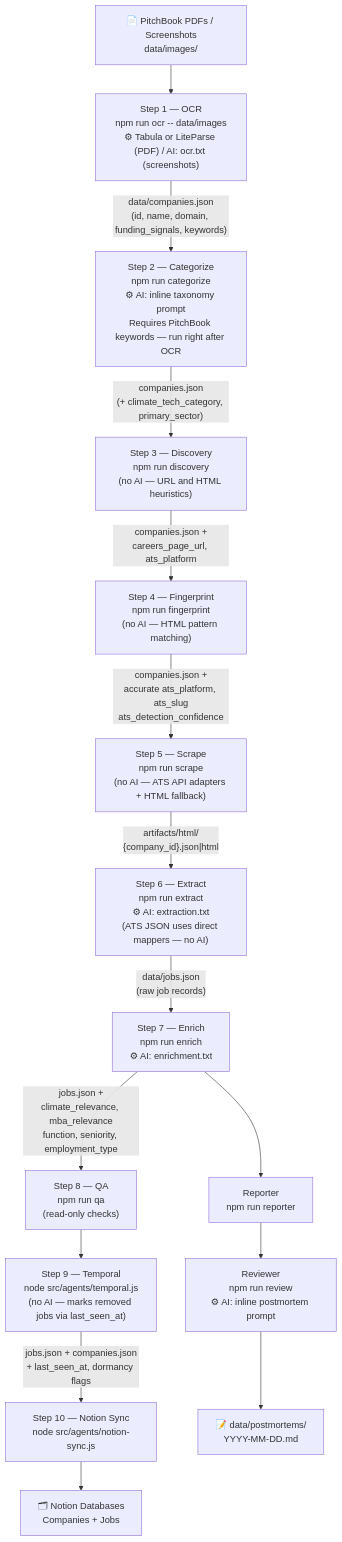
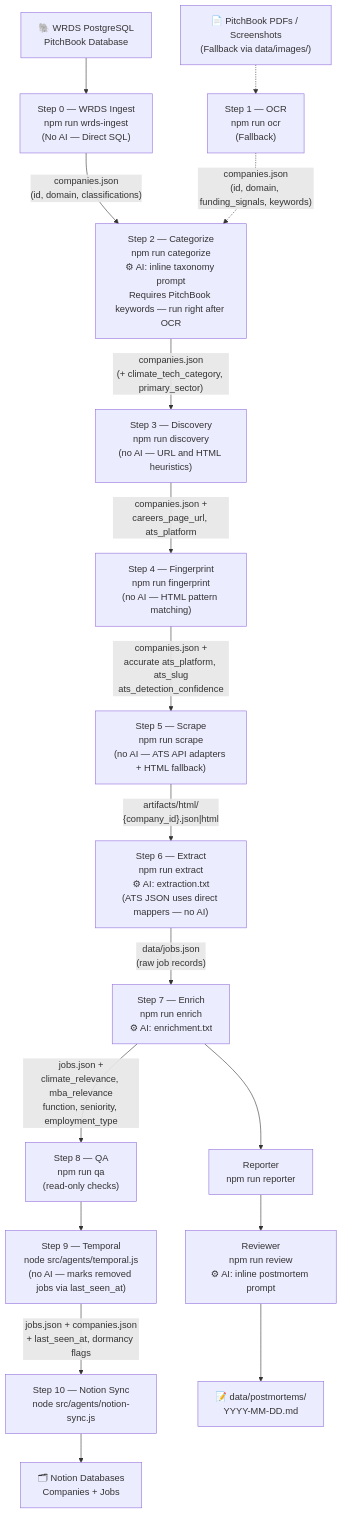
One commit to walshkang/csb-job-board changed the first of 2 diagrams in README.md. Above: the diagram before and after it, drawn with Mermaid. The commit also changed other lines of this file and 12 other files, not shown here.

````diff
--- a/README.md
+++ b/README.md
@@ -223,39 +223,43 @@
 ```mermaid
 flowchart TD
-    SRC["📄 PitchBook PDFs / Screenshots\ndata/images/"]
+    WRDS["🐘 WRDS PostgreSQL\nPitchBook Database"]
+    SRC["📄 PitchBook PDFs / Screenshots\n(Fallback via data/images/)"]
 
-    SRC --> S1["Step 1 — OCR\nnpm run ocr -- data/images\n⚙ Tabula or LiteParse (PDF) / AI: ocr.txt (screenshots)"]
-    S1 -->|"data/companies.json\n(id, name, domain, funding_signals, keywords)"| S2
+    WRDS --> S0["Step 0 — WRDS Ingest\nnpm run wrds-ingest\n(No AI — Direct SQL)"]
+    SRC -.-> S1["Step 1 — OCR\nnpm run ocr\n(Fallback)"]
+    
+    S0 -->|"companies.json\n(id, domain, classifications)"| S2
+    S1 -.->|"companies.json\n(id, domain, funding_signals, keywords)"| S2
 
     S2["Step 2 — Categorize\nnpm run categorize\n⚙ AI: inline taxonomy prompt\nRequires PitchBook keywords — run right after OCR"]
     S2 -->|"companies.json\n(+ climate_tech_category, primary_sector)"| S3
 
     S3["Step 3 — Discovery\nnpm run discovery\n(no AI — URL and HTML heuristics)"]
     S3 -->|"companies.json +\ncareers_page_url, ats_platform"| S4
 
     S4["Step 4 — Fingerprint\nnpm run fingerprint\n(no AI — HTML pattern matching)"]
     S4 -->|"companies.json +\naccurate ats_platform, ats_slug\nats_detection_confidence"| S5
 
     S5["Step 5 — Scrape\nnpm run scrape\n(no AI — ATS API adapters + HTML fallback)"]
     S5 -->|"artifacts/html/\n{company_id}.json|html"| S6
 
     S6["Step 6 — Extract\nnpm run extract\n⚙ AI: extraction.txt\n(ATS JSON uses direct mappers — no AI)"]
     S6 -->|"data/jobs.json\n(raw job records)"| S7
 
     S7["Step 7 — Enrich\nnpm run enrich\n⚙ AI: enrichment.txt"]
     S7 -->|"jobs.json +\nclimate_relevance, mba_relevance\nfunction, seniority, employment_type"| S8
 
     S8["Step 8 — QA\nnpm run qa\n(read-only checks)"]
     S8 --> S9
 
     S9["Step 9 — Temporal\nnode src/agents/temporal.js\n(no AI — marks removed jobs via last_seen_at)"]
     S9 -->|"jobs.json + companies.json\n+ last_seen_at, dormancy flags"| S10
 
     S10["Step 10 — Notion Sync\nnode src/agents/notion-sync.js"]
     S10 --> NOTION["🗂 Notion Databases\nCompanies + Jobs"]
 
     S7 --> OBS1
     OBS1["Reporter\nnpm run reporter"]
     OBS1 --> OBS2["Reviewer\nnpm run review\n⚙ AI: inline postmortem prompt"]
     OBS2 --> PM["📝 data/postmortems/\nYYYY-MM-DD.md"]
 ```
````
